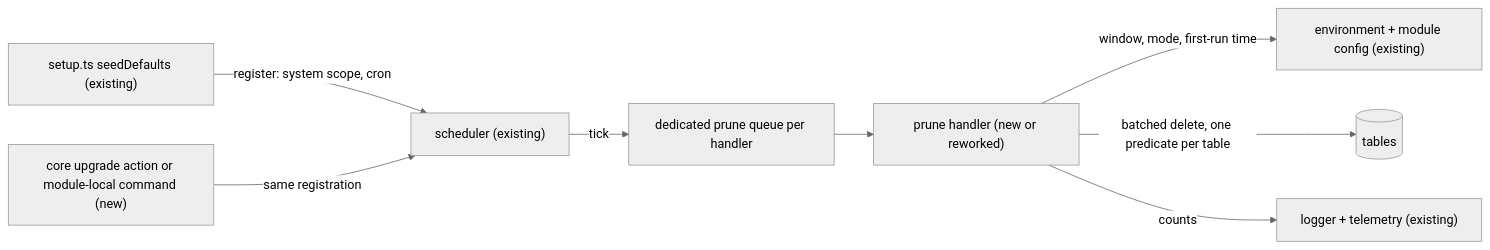
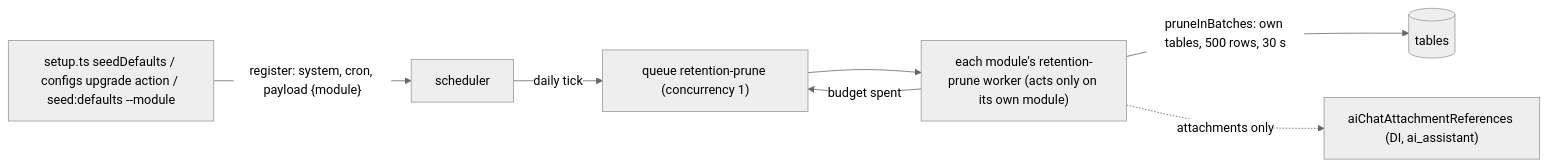
One commit to open-mercato/open-mercato changed the diagram in .ai/specs/GDPR/2026-11-16-operational-retention-pruners.md. Above: the diagram before and after it, drawn with Mermaid (neutral theme). The commit also changed other lines of this file and 52 other files, not shown here.

````diff
--- a/.ai/specs/GDPR/2026-11-16-operational-retention-pruners.md
+++ b/.ai/specs/GDPR/2026-11-16-operational-retention-pruners.md
@@ -208,10 +152,9 @@
 ```mermaid
 flowchart LR
-  SD["setup.ts seedDefaults (existing)"] -- "register: system scope, cron" --> SCH["scheduler (existing)"]
-  UA["core upgrade action or module-local command (new)"] -- "same registration" --> SCH
-  SCH -- "tick" --> Q["dedicated prune queue per handler"]
-  Q --> W["prune handler (new or reworked)"]
-  W -- "window, mode, first-run time" --> CFG["environment + module config (existing)"]
-  W -- "batched delete, one predicate per table" --> DB[(tables)]
-  W -- "counts" --> T["logger + telemetry (existing)"]
+  SD["setup.ts seedDefaults / configs upgrade action / seed:defaults --module"] -- "register: system, cron, payload {module}" --> SCH["scheduler"]
+  SCH -- "daily tick" --> Q["queue retention-prune (concurrency 1)"]
+  Q --> W["each module's retention-prune worker (acts only on its own module)"]
+  W -- "pruneInBatches: own tables, 500 rows, 30 s" --> DB[(tables)]
+  W -- "budget spent" --> Q
+  W -. "attachments only" .-> REF["aiChatAttachmentReferences (DI, ai_assistant)"]
 ```
````
